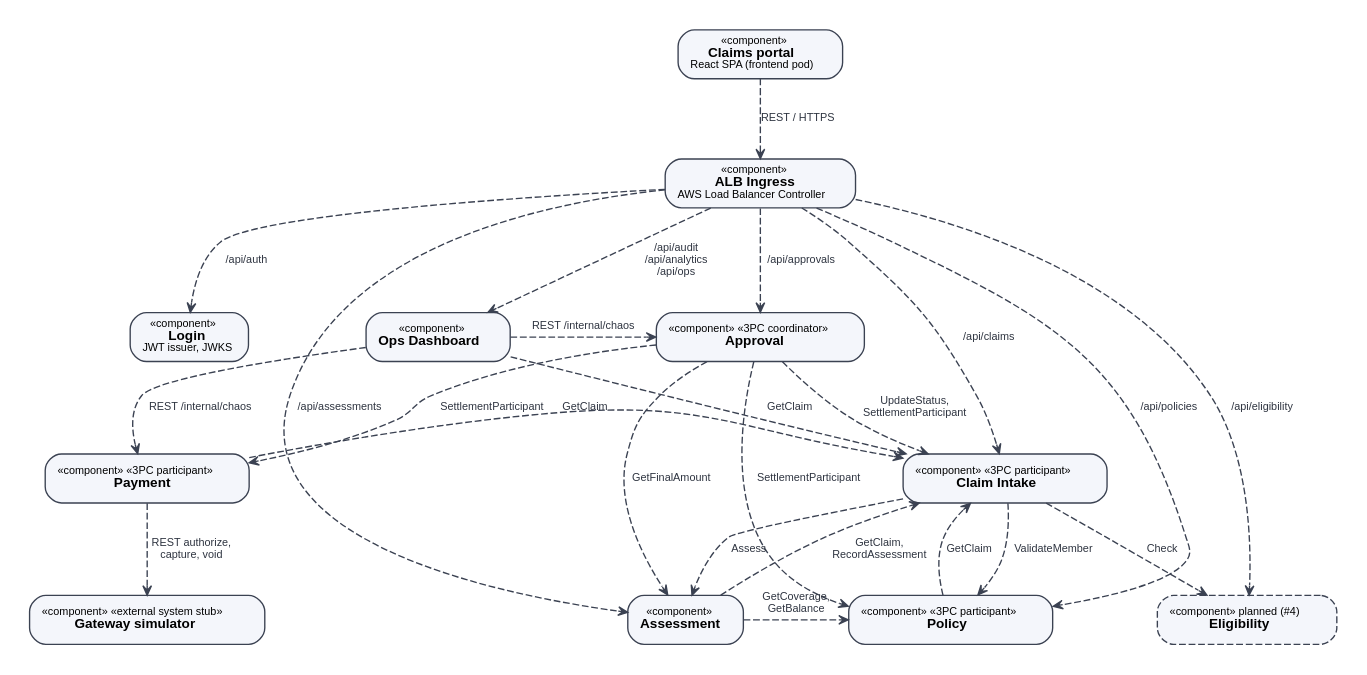
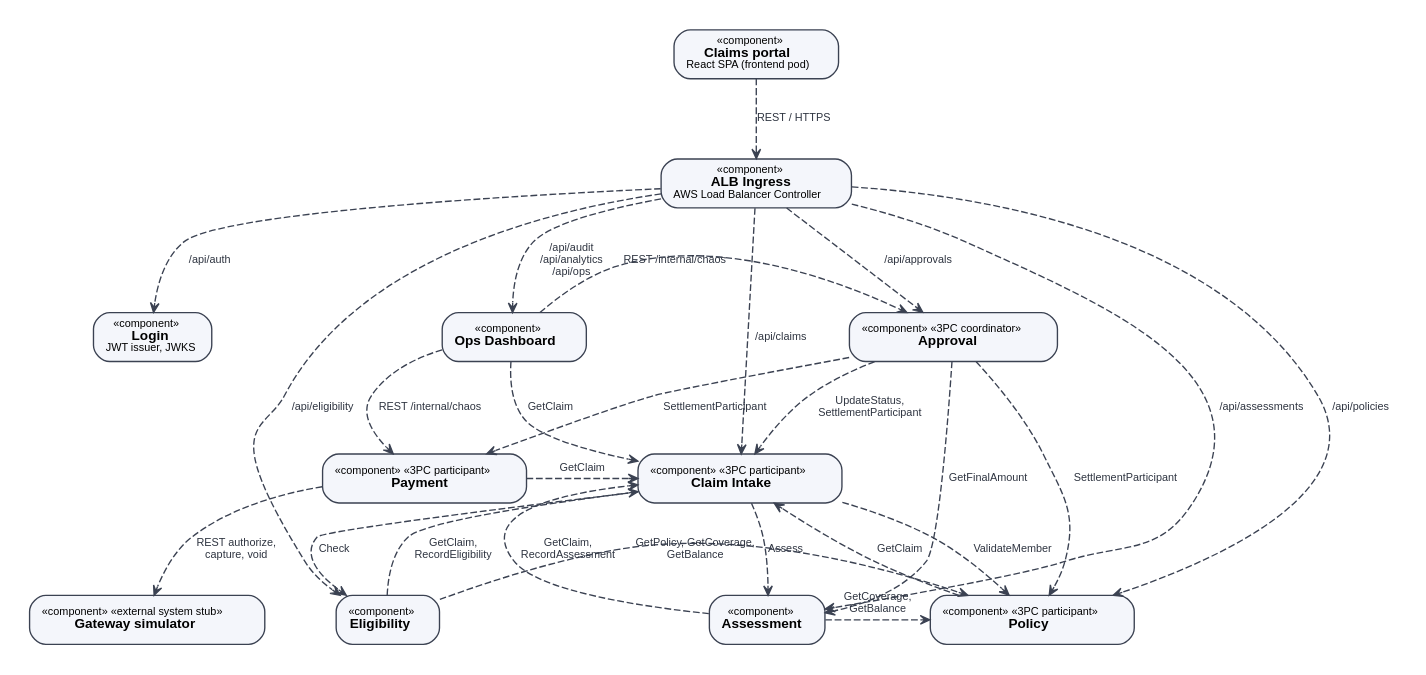
Before and after one commit to Krisha-cmd/Insurance-claim: the diagram in docs/diagrams/src/component-services.dot, drawn with Graphviz. The commit also changed 65 other files, not shown here.

```diff
--- a/docs/diagrams/src/component-services.dot
+++ b/docs/diagrams/src/component-services.dot
@@ -1,48 +1,52 @@
 // UML component diagram, part 1: synchronous interfaces (REST through the ALB, gRPC inside the cluster).
 // Replaces diagrams/architecture-diagram.svg (commit d9d922c), which used colour-coded arrows, database cylinders and
 // an "API Gateway" box that the deployment does not have. Every arrow is a UML dependency (dashed, open arrowhead)
 // labelled with the interface used. Facts from the service READMEs, backend/proto and k8s/base/*/ingress.yaml.
 digraph G {
   graph [rankdir=TB, fontname="Helvetica", fontsize=11, nodesep=0.3, ranksep=0.7, pad=0.2, newrank=true];
   node  [shape=box, style="rounded,filled", fillcolor="#f4f6fb", color="#3b4252", fontname="Helvetica", fontsize=10, margin="0.12,0.06"];
   edge  [style=dashed, arrowhead=vee, arrowsize=0.7, color="#3b4252", fontname="Helvetica", fontsize=8, fontcolor="#2e3440"];
   spa  [label=<<font point-size="8">«component»</font><br/><b>Claims portal</b><br/><font point-size="8">React SPA (frontend pod)</font>>];
   alb  [label=<<font point-size="8">«component»</font><br/><b>ALB Ingress</b><br/><font point-size="8">AWS Load Balancer Controller</font>>];
   login   [label=<<font point-size="8">«component»</font><br/><b>Login</b><br/><font point-size="8">JWT issuer, JWKS</font>>];
   ops     [label=<<font point-size="8">«component»</font><br/><b>Ops Dashboard</b>>];
   approval[label=<<font point-size="8">«component» «3PC coordinator»</font><br/><b>Approval</b>>];
   intake  [label=<<font point-size="8">«component» «3PC participant»</font><br/><b>Claim Intake</b>>];
   policy  [label=<<font point-size="8">«component» «3PC participant»</font><br/><b>Policy</b>>];
   payment [label=<<font point-size="8">«component» «3PC participant»</font><br/><b>Payment</b>>];
-  elig    [label=<<font point-size="8">«component» planned (#4)</font><br/><b>Eligibility</b>>, style="rounded,dashed,filled"];
+  elig    [label=<<font point-size="8">«component»</font><br/><b>Eligibility</b>>];
   assess  [label=<<font point-size="8">«component»</font><br/><b>Assessment</b>>];
   gw      [label=<<font point-size="8">«component» «external system stub»</font><br/><b>Gateway simulator</b>>];
   {rank=same; login; ops; approval;}
   {rank=same; intake; payment;}
   {rank=same; policy; elig; assess; gw;}
   spa -> alb [label="REST / HTTPS"];
   alb -> login [label="/api/auth"];
   alb -> ops [label="/api/audit\n/api/analytics\n/api/ops"];
   alb -> approval [label="/api/approvals"];
   alb -> intake [label="/api/claims"];
   alb -> policy [label="/api/policies"];
   alb -> elig [label="/api/eligibility"];
   alb -> assess [label="/api/assessments"];
   approval -> intake [label="UpdateStatus,\nSettlementParticipant"];
   approval -> policy [label="SettlementParticipant"];
   approval -> payment [label="SettlementParticipant"];
   approval -> assess [label="GetFinalAmount"];
   intake -> policy [label="ValidateMember"];
   intake -> elig [label="Check"];
+  elig -> policy [label="GetPolicy, GetCoverage,
+GetBalance"];
+  elig -> intake [label="GetClaim,
+RecordEligibility"];
   intake -> assess [label="Assess"];
   assess -> policy [label="GetCoverage,
 GetBalance"];
   assess -> intake [label="GetClaim,
 RecordAssessment"];
   policy -> intake [label="GetClaim"];
   payment -> intake [label="GetClaim"];
   ops -> intake [label="GetClaim"];
   ops -> approval [label="REST /internal/chaos"];
   ops -> payment [label="REST /internal/chaos"];
   payment -> gw [label="REST authorize,\ncapture, void"];
 }
```
